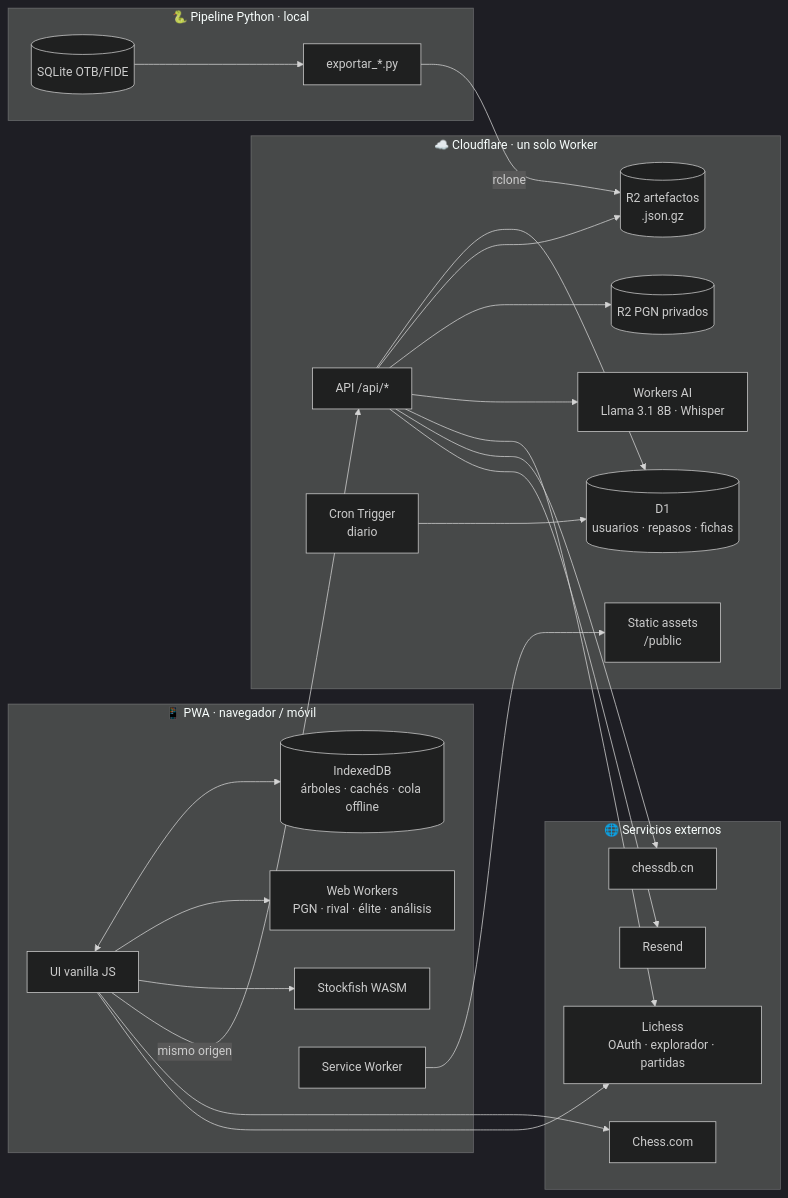
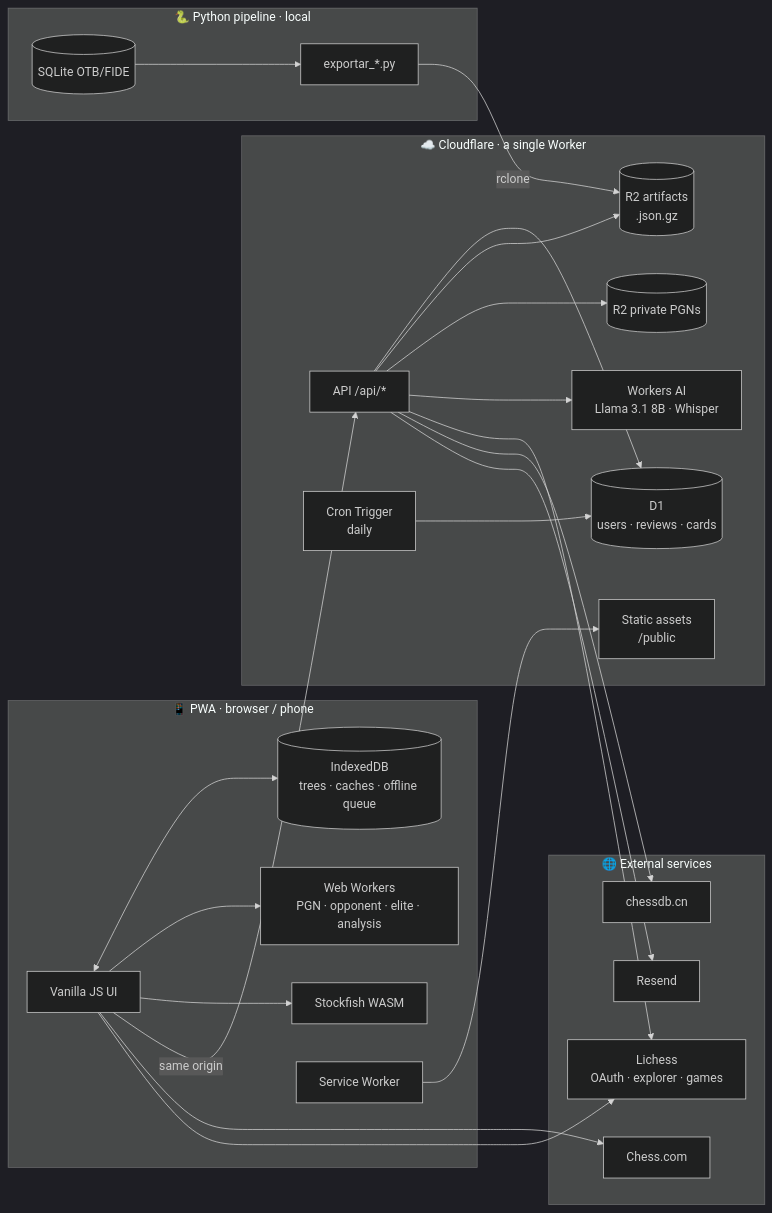
Before and after one commit to Eostolozaga/openingchessai: the diagram in README.md, drawn with Mermaid (dark theme). The commit also changed other lines of this file and 3 other files, not shown here.

````diff
--- a/README.md
+++ b/README.md
@@ -111,49 +107,49 @@
 ```mermaid
 flowchart LR
-  subgraph Cliente["📱 PWA · navegador / móvil"]
-    UI["UI vanilla JS"]
-    WW["Web Workers<br/>PGN · rival · élite · análisis"]
+  subgraph Client["📱 PWA · browser / phone"]
+    UI["Vanilla JS UI"]
+    WW["Web Workers<br/>PGN · opponent · elite · analysis"]
     SF["Stockfish WASM"]
-    IDB[("IndexedDB<br/>árboles · cachés · cola offline")]
+    IDB[("IndexedDB<br/>trees · caches · offline queue")]
     SW["Service Worker"]
   end
 
-  subgraph CF["☁️ Cloudflare · un solo Worker"]
+  subgraph CF["☁️ Cloudflare · a single Worker"]
     AS["Static assets<br/>/public"]
     API["API /api/*"]
-    CRON["Cron Trigger<br/>diario"]
+    CRON["Cron Trigger<br/>daily"]
     AI["Workers AI<br/>Llama 3.1 8B · Whisper"]
-    D1[("D1<br/>usuarios · repasos · fichas")]
-    R2A[("R2 artefactos<br/>.json.gz")]
-    R2P[("R2 PGN privados")]
+    D1[("D1<br/>users · reviews · cards")]
+    R2A[("R2 artifacts<br/>.json.gz")]
+    R2P[("R2 private PGNs")]
   end
 
-  subgraph EXT["🌐 Servicios externos"]
-    LI["Lichess<br/>OAuth · explorador · partidas"]
+  subgraph EXT["🌐 External services"]
+    LI["Lichess<br/>OAuth · explorer · games"]
     CC["Chess.com"]
     CDB["chessdb.cn"]
     RS["Resend"]
   end
 
-  subgraph PY["🐍 Pipeline Python · local"]
+  subgraph PY["🐍 Python pipeline · local"]
     DB[("SQLite OTB/FIDE")]
     EXP["exportar_*.py"]
   end
 
   UI <--> IDB
   UI --> WW
   UI --> SF
   SW --> AS
-  UI -->|mismo origen| API
+  UI -->|same origin| API
   API --> D1
   API --> R2A
   API --> R2P
   API --> AI
   API --> LI
   API --> CDB
   API --> RS
   UI --> CC
   UI --> LI
   CRON --> D1
   DB --> EXP -->|rclone| R2A
 ```
````
